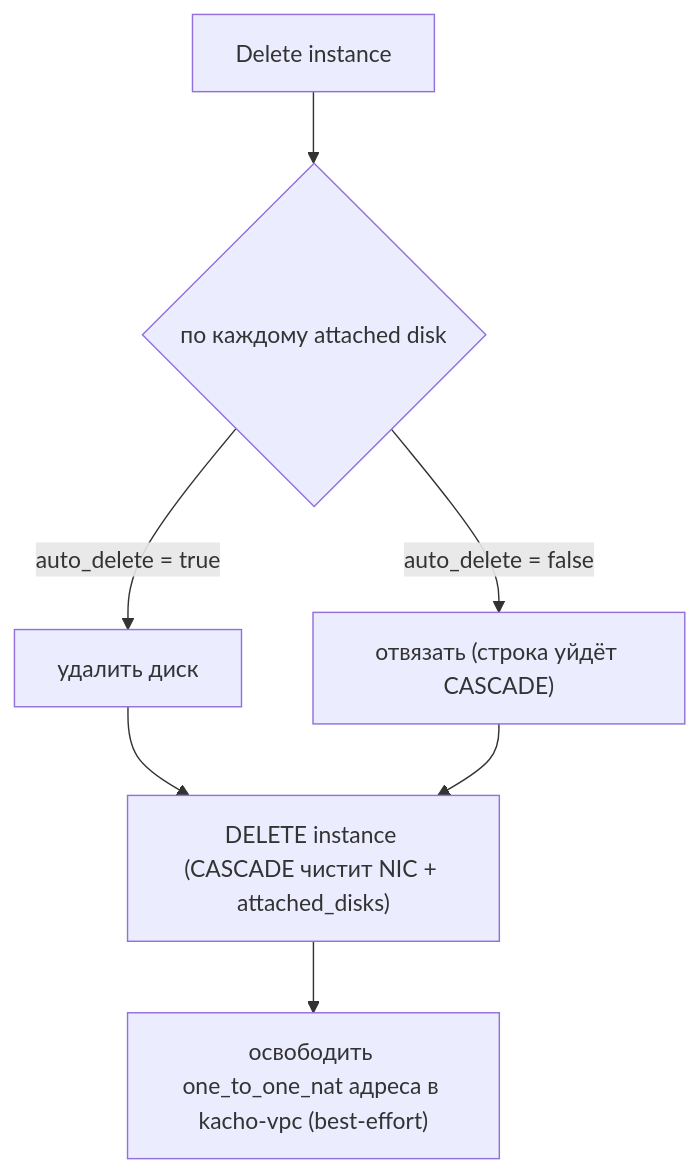
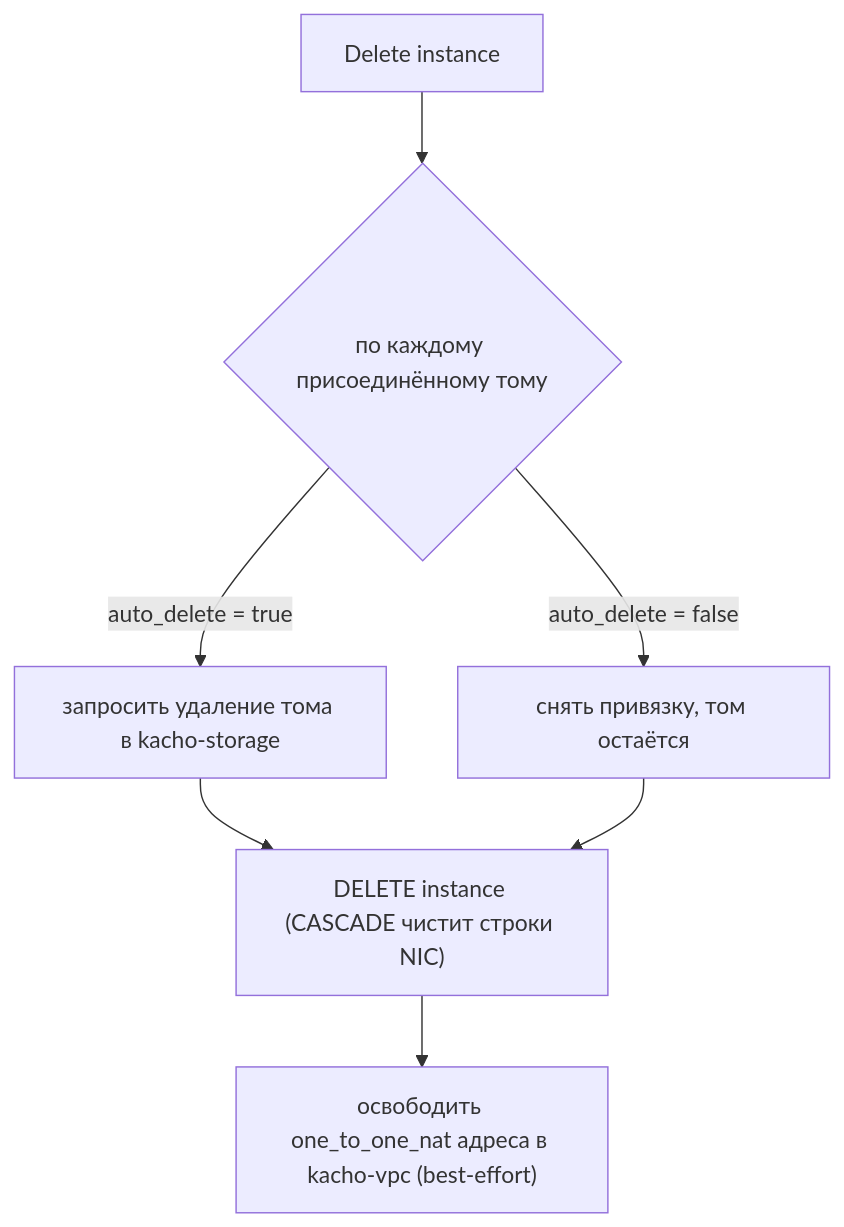
Before and after one commit to PRO-Robotech/kacho: the second of 2 diagrams in services/compute/docs-site/docs/architecture/instance-lifecycle.mdx, drawn with Mermaid. The commit also changed other lines of this file and 7 other files, not shown here.

````diff
--- a/services/compute/docs-site/docs/architecture/instance-lifecycle.mdx
+++ b/services/compute/docs-site/docs/architecture/instance-lifecycle.mdx
@@ -78,9 +86,9 @@
 ```mermaid
 flowchart TD
-  del["Delete instance"] --> loop{"по каждому attached disk"}
-  loop -->|"auto_delete = true"| dd["удалить диск"]
-  loop -->|"auto_delete = false"| detach["отвязать (строка уйдёт CASCADE)"]
-  dd --> rm["DELETE instance (CASCADE чистит NIC + attached_disks)"]
+  del["Delete instance"] --> loop{"по каждому присоединённому тому"}
+  loop -->|"auto_delete = true"| dd["запросить удаление тома в kacho-storage"]
+  loop -->|"auto_delete = false"| detach["снять привязку, том остаётся"]
+  dd --> rm["DELETE instance (CASCADE чистит строки NIC)"]
   detach --> rm
   rm --> nat["освободить one_to_one_nat адреса в kacho-vpc (best-effort)"]
 ```
````
